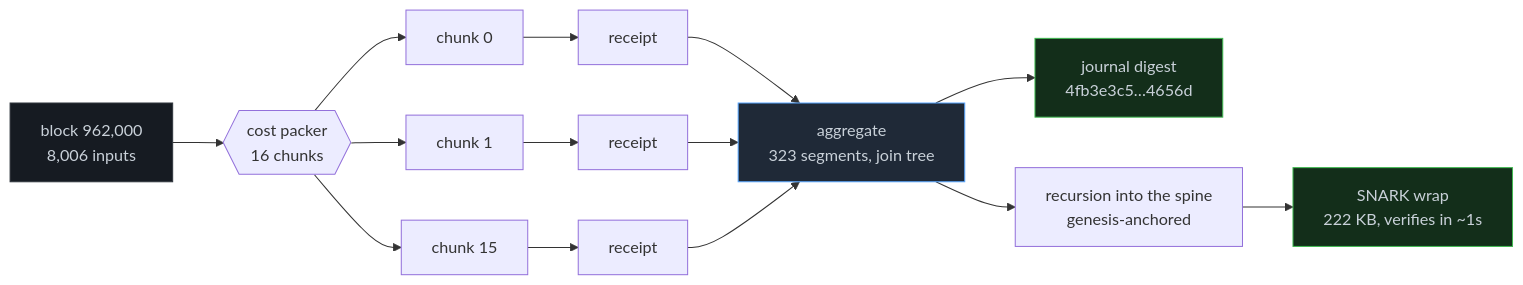
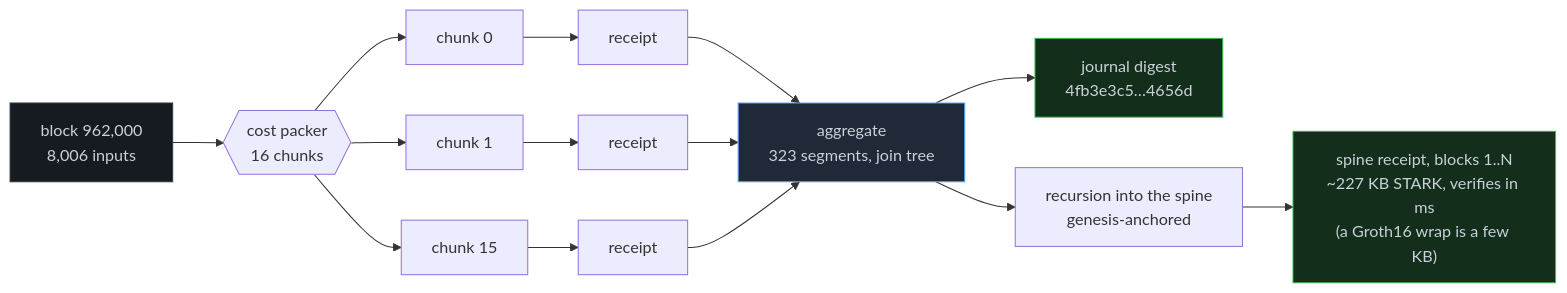
One commit to bitcoin-ghost/hazync changed the diagram in README.md. Above: the diagram before and after it, drawn with Mermaid. The commit also changed other lines of this file and 15 other files, not shown here.

````diff
--- a/README.md
+++ b/README.md
@@ -25,20 +25,20 @@
 ```mermaid
 flowchart LR
   B["block 962,000<br/>8,006 inputs"] --> P{{"cost packer<br/>16 chunks"}}
   P --> C0["chunk 0"]
   P --> C1["chunk 1"]
   P --> CN["chunk 15"]
   C0 --> R0["receipt"]
   C1 --> R1["receipt"]
   CN --> RN["receipt"]
   R0 --> A["aggregate<br/>323 segments, join tree"]
   R1 --> A
   RN --> A
   A --> J["journal digest<br/>4fb3e3c5…4656d"]
   A --> S["recursion into the spine<br/>genesis-anchored"]
-  S --> K["SNARK wrap<br/>222 KB, verifies in ~1s"]
+  S --> K["spine receipt, blocks 1..N<br/>~227 KB STARK, verifies in ms<br/>(a Groth16 wrap is a few KB)"]
   style B fill:#161b22,stroke:#30363d,color:#c9d1d9
   style A fill:#1f2937,stroke:#58a6ff,color:#c9d1d9
   style J fill:#132e1a,stroke:#3fb950,color:#c9d1d9
   style K fill:#132e1a,stroke:#3fb950,color:#c9d1d9
 ```
````
